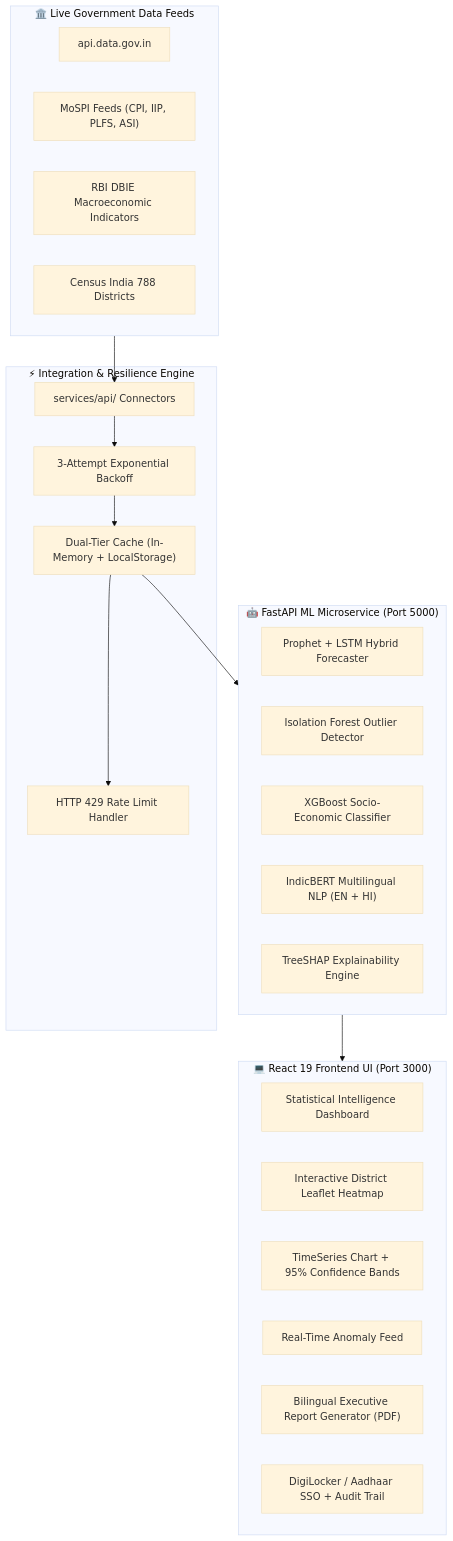
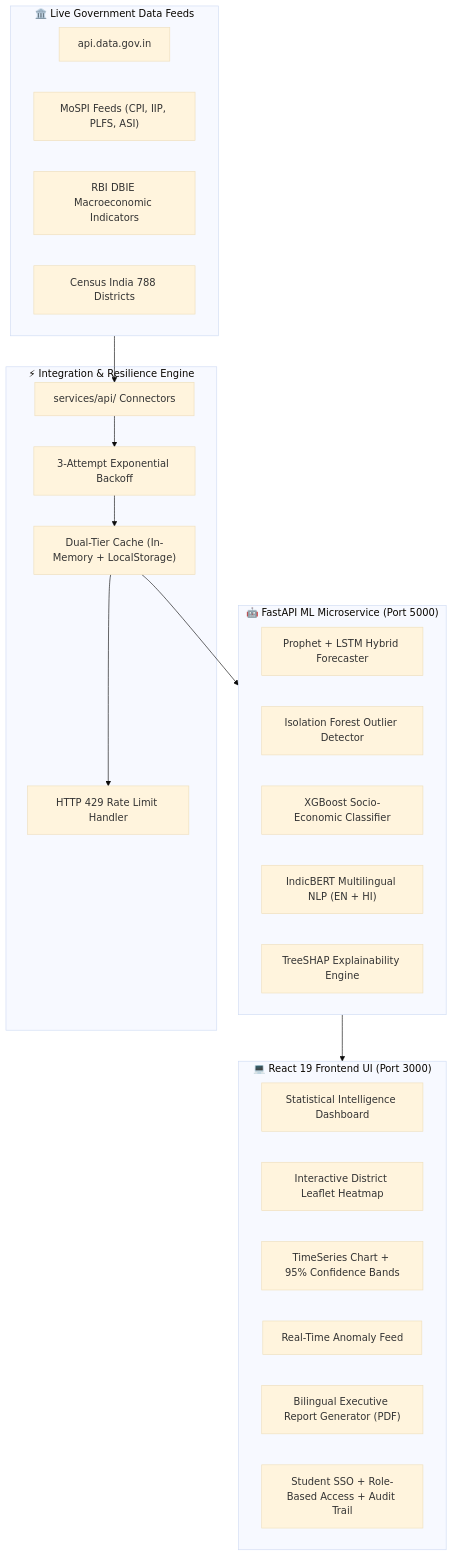
Before and after one commit to bezawadamahidhar20-droid/StatIntel-AI: the diagram in README.md, drawn with Mermaid (base theme). The commit also changed other lines of this file, not shown here.

Commit message:
docs: replace officer references with student in README

````diff
--- a/README.md
+++ b/README.md
@@ -15,38 +15,38 @@
 ```mermaid
 flowchart TD
     subgraph DataSources["🏛️ Live Government Data Feeds"]
         OGD["api.data.gov.in"]
         MOSPI["MoSPI Feeds (CPI, IIP, PLFS, ASI)"]
         RBI["RBI DBIE Macroeconomic Indicators"]
         CENSUS["Census India 788 Districts"]
     end
 
     subgraph ServiceLayer["⚡ Integration & Resilience Engine"]
         CONNECTORS["services/api/ Connectors"]
         RETRY["3-Attempt Exponential Backoff"]
         CACHE["Dual-Tier Cache (In-Memory + LocalStorage)"]
         RATE["HTTP 429 Rate Limit Handler"]
     end
 
     subgraph MLBackend["🤖 FastAPI ML Microservice (Port 5000)"]
         FORECAST["Prophet + LSTM Hybrid Forecaster"]
         ANOMALY["Isolation Forest Outlier Detector"]
         CLASSIFIER["XGBoost Socio-Economic Classifier"]
         INDICBERT["IndicBERT Multilingual NLP (EN + HI)"]
         SHAP["TreeSHAP Explainability Engine"]
     end
 
     subgraph Frontend["💻 React 19 Frontend UI (Port 3000)"]
         DASHBOARD["Statistical Intelligence Dashboard"]
         MAP["Interactive District Leaflet Heatmap"]
         SERIES["TimeSeries Chart + 95% Confidence Bands"]
         ALERTS["Real-Time Anomaly Feed"]
         REPORTS["Bilingual Executive Report Generator (PDF)"]
-        RBAC["DigiLocker / Aadhaar SSO + Audit Trail"]
+        RBAC["Student SSO + Role-Based Access + Audit Trail"]
     end
 
     DataSources --> CONNECTORS
     CONNECTORS --> RETRY --> CACHE --> RATE
     CACHE --> MLBackend
     MLBackend --> Frontend
 ```
````
